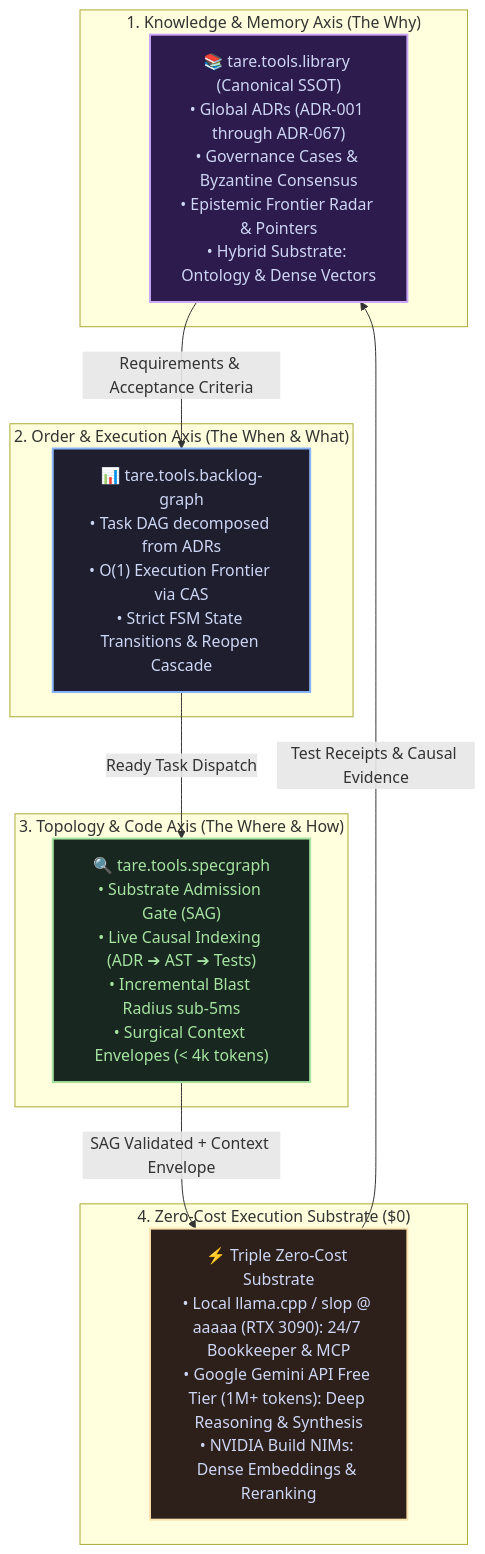
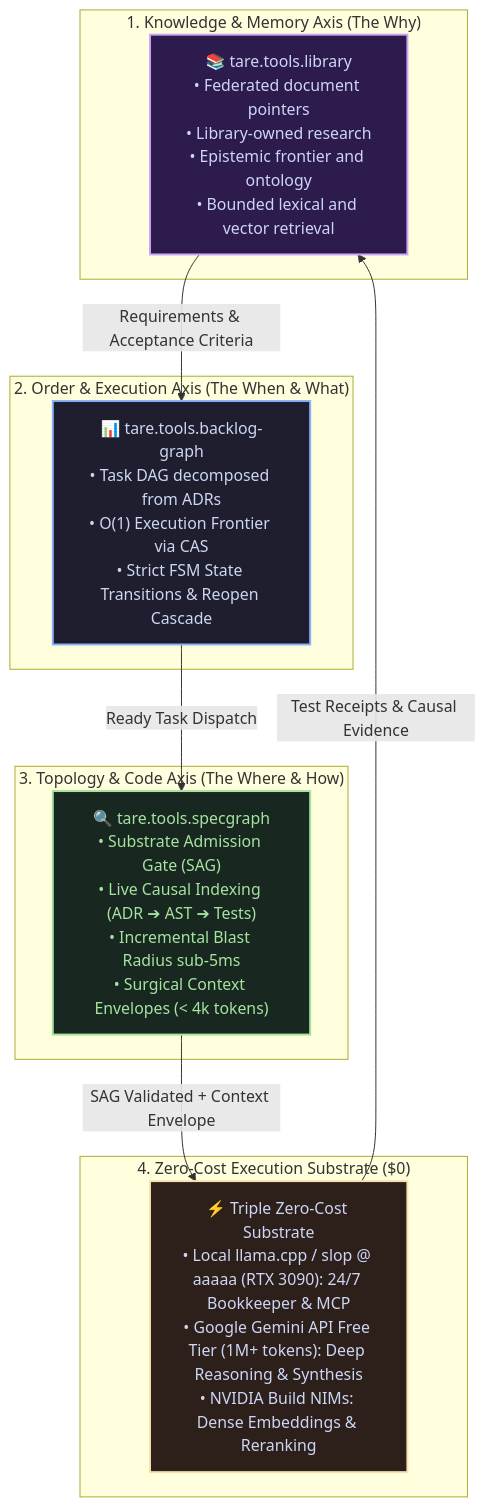
The first of 2 diagrams in README.md (augusto-scarvalho/tare.tools.library), drawn with Mermaid before and after one commit. The commit also changed other lines of this file and 498 other files, not shown here.

````diff
--- a/README.md
+++ b/README.md
@@ -55,33 +61,33 @@
 ```mermaid
 flowchart TD
     subgraph Axis1 ["1. Knowledge & Memory Axis (The Why)"]
-        Library["📚 tare.tools.library (Canonical SSOT)<br/>• Global ADRs (ADR-001 through ADR-067)<br/>• Governance Cases & Byzantine Consensus<br/>• Epistemic Frontier Radar & Pointers<br/>• Hybrid Substrate: Ontology & Dense Vectors"]
+        Library["📚 tare.tools.library<br/>• Federated document pointers<br/>• Library-owned research<br/>• Epistemic frontier and ontology<br/>• Bounded lexical and vector retrieval"]
     end
 
     subgraph Axis2 ["2. Order & Execution Axis (The When & What)"]
         Backlog["📊 tare.tools.backlog-graph<br/>• Task DAG decomposed from ADRs<br/>• O(1) Execution Frontier via CAS<br/>• Strict FSM State Transitions & Reopen Cascade"]
     end
 
     subgraph Axis3 ["3. Topology & Code Axis (The Where & How)"]
         Spec["🔍 tare.tools.specgraph<br/>• Substrate Admission Gate (SAG)<br/>• Live Causal Indexing (ADR ➔ AST ➔ Tests)<br/>• Incremental Blast Radius sub-5ms<br/>• Surgical Context Envelopes (< 4k tokens)"]
     end
 
     subgraph Execution ["4. Zero-Cost Execution Substrate ($0)"]
         ZeroCost["⚡ Triple Zero-Cost Substrate<br/>• Local llama.cpp / slop @ aaaaa (RTX 3090): 24/7 Bookkeeper & MCP<br/>• Google Gemini API Free Tier (1M+ tokens): Deep Reasoning & Synthesis<br/>• NVIDIA Build NIMs: Dense Embeddings & Reranking"]
     end
 
     Library -->|Requirements & Acceptance Criteria| Backlog
     Backlog -->|Ready Task Dispatch| Spec
     Spec -->|SAG Validated + Context Envelope| ZeroCost
     ZeroCost -->|Test Receipts & Causal Evidence| Library
 
     classDef lStyle fill:#2d1b4e,stroke:#cba6f7,stroke-width:2px,color:#cdd6f4;
     classDef bStyle fill:#1e1e2e,stroke:#89b4fa,stroke-width:2px,color:#cdd6f4;
     classDef sStyle fill:#182820,stroke:#a6e3a1,stroke-width:2px,color:#a6e3a1;
     classDef zStyle fill:#2d201b,stroke:#f9e2af,stroke-width:2px,color:#cdd6f4;
 
     class Library lStyle;
     class Backlog bStyle;
     class Spec sStyle;
     class ZeroCost zStyle;
 ```
````
